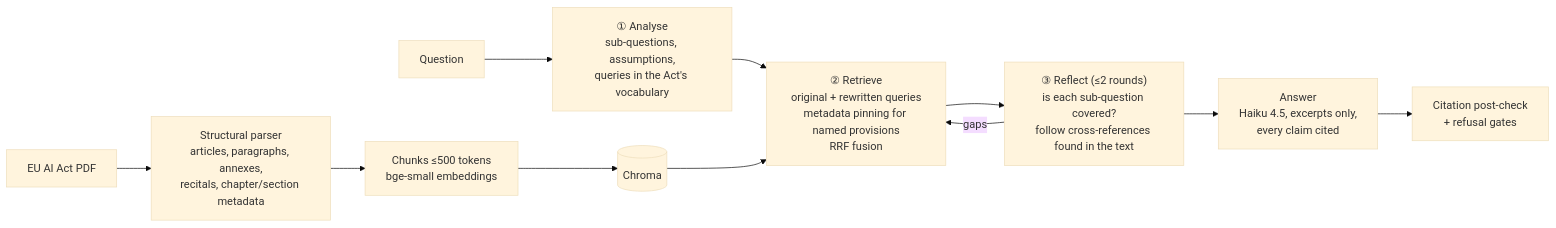
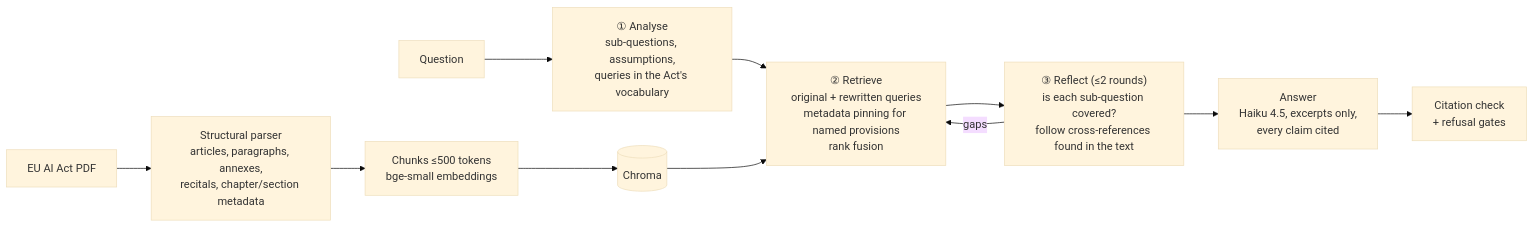
One commit to sneha-shrikumar/EU-AI-Act-Assistant changed the diagram in README.md. Above: the diagram before and after it, drawn with Mermaid (base theme). The commit also changed other lines of this file and 4 other files, not shown here.

````diff
--- a/README.md
+++ b/README.md
@@ -55,14 +150,14 @@
 ```mermaid
 flowchart LR
     PDF[EU AI Act PDF] --> P[Structural parser<br/>articles, paragraphs, annexes,<br/>recitals, chapter/section metadata]
     P --> C[Chunks ≤500 tokens<br/>bge-small embeddings]
     C --> DB[(Chroma)]
 
     Q[Question] --> A1["① Analyse<br/>sub-questions, assumptions,<br/>queries in the Act's vocabulary"]
-    A1 --> R["② Retrieve<br/>original + rewritten queries<br/>metadata pinning for named provisions<br/>RRF fusion"]
+    A1 --> R["② Retrieve<br/>original + rewritten queries<br/>metadata pinning for named provisions<br/>rank fusion"]
     DB --> R
     R --> A3["③ Reflect (≤2 rounds)<br/>is each sub-question covered?<br/>follow cross-references found in the text"]
     A3 -- gaps --> R
     A3 --> G[Answer<br/>Haiku 4.5, excerpts only,<br/>every claim cited]
-    G --> CK[Citation post-check<br/>+ refusal gates]
+    G --> CK[Citation check<br/>+ refusal gates]
 ```
````
